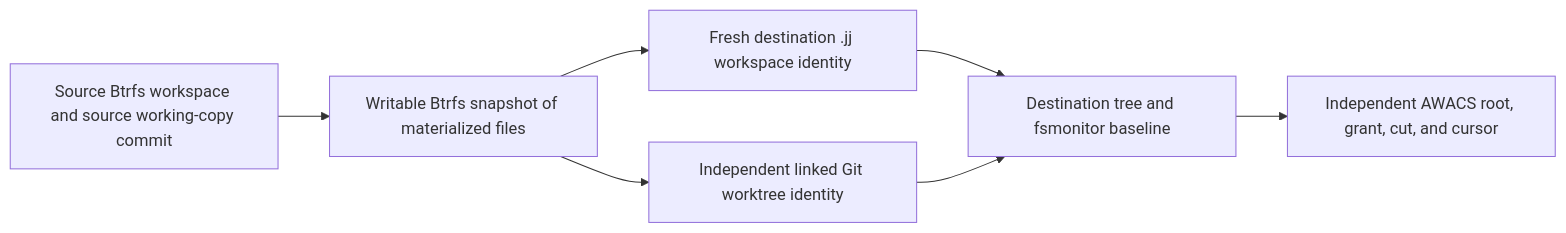
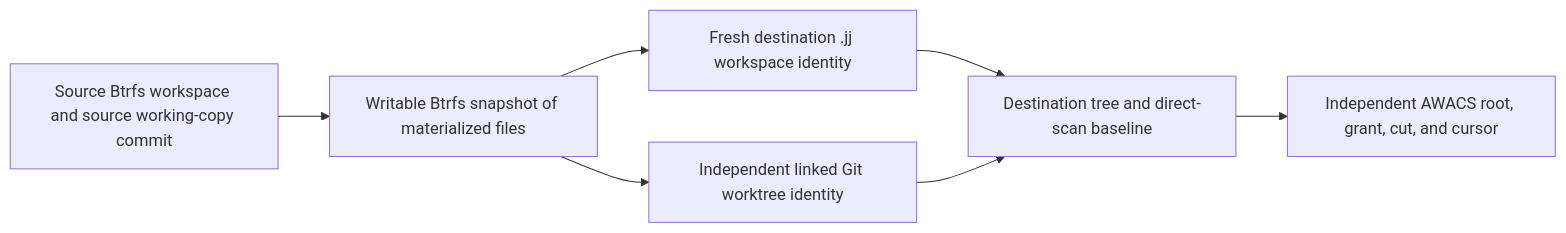
The diagram in btrfs-awacs/docs/src/content/docs/integrations/btrfs-workspaces.md (adamh-oai/jj), drawn with Mermaid before and after one commit. The commit also changed other lines of this file and 49 other files, not shown here.

````diff
--- a/btrfs-awacs/docs/src/content/docs/integrations/btrfs-workspaces.md
+++ b/btrfs-awacs/docs/src/content/docs/integrations/btrfs-workspaces.md
@@ -46,16 +46,16 @@
 ```mermaid
 flowchart LR
     SOURCE["Source Btrfs workspace and source working-copy commit"]
     SNAPSHOT["Writable Btrfs snapshot of materialized files"]
     JJSTATE["Fresh destination .jj workspace identity"]
     GITSTATE["Independent linked Git worktree identity"]
-    BASELINE["Destination tree and fsmonitor baseline"]
+    BASELINE["Destination tree and direct-scan baseline"]
     AWACSWATCH["Independent AWACS root, grant, cut, and cursor"]
 
     SOURCE --> SNAPSHOT
     SNAPSHOT --> JJSTATE
     SNAPSHOT --> GITSTATE
     JJSTATE --> BASELINE
     GITSTATE --> BASELINE
     BASELINE --> AWACSWATCH
 ```
````
